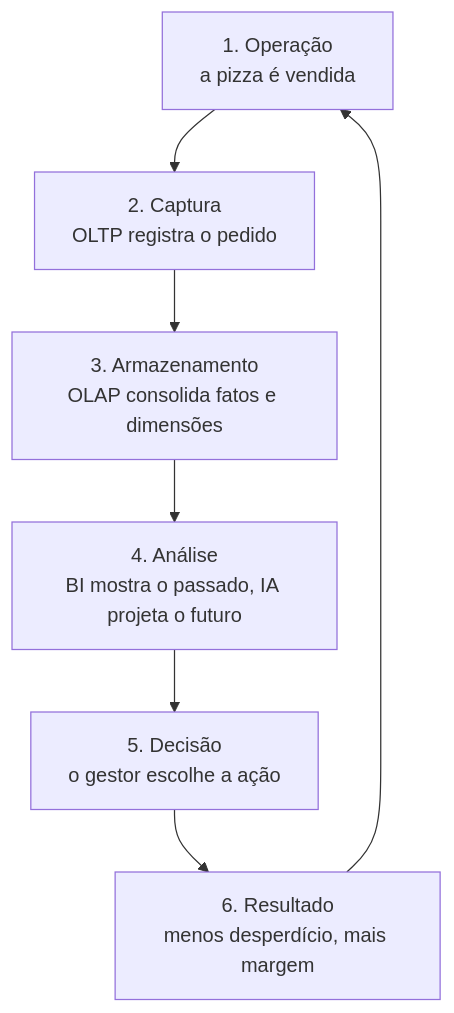
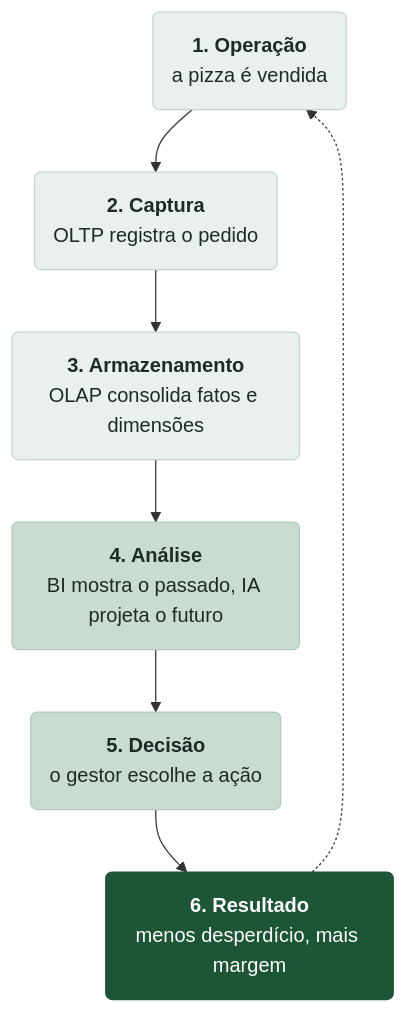
The fourth of 4 diagrams in aula-02-problemas-negocio-projetos-dados/README.md (klein-natan/IA-Dados-GitBook), drawn with Mermaid before and after one commit. The commit also changed other lines of this file and 4 other files, not shown here.

````diff
--- a/aula-02-problemas-negocio-projetos-dados/README.md
+++ b/aula-02-problemas-negocio-projetos-dados/README.md
@@ -176,9 +199,16 @@
 ```mermaid
+%%{init:{"theme":"base","themeVariables":{"fontFamily":"Inter,'Segoe UI','Liberation Sans',Helvetica,Arial,sans-serif","fontSize":"15px","primaryColor":"#F4F2EE","primaryTextColor":"#1E2A25","primaryBorderColor":"#CBD8D0","lineColor":"#8A9A90","secondaryColor":"#EDF2EE","tertiaryColor":"#FFFFFF","clusterBkg":"#F8F7F4","clusterBorder":"#E2DED7","edgeLabelBackground":"#FFFFFF"},"flowchart":{"nodeSpacing":28,"rankSpacing":38,"padding":14,"curve":"basis"}}}%%
 flowchart TD
-    A["1. Operação<br/>a pizza é vendida"] --> B["2. Captura<br/>OLTP registra o pedido"]
-    B --> C["3. Armazenamento<br/>OLAP consolida fatos e dimensões"]
-    C --> D["4. Análise<br/>BI mostra o passado, IA projeta o futuro"]
-    D --> E["5. Decisão<br/>o gestor escolhe a ação"]
-    E --> F["6. Resultado<br/>menos desperdício, mais margem"]
-    F --> A
+    A("<b>1. Operação</b><br/>a pizza é vendida") --> B("<b>2. Captura</b><br/>OLTP registra o pedido")
+    B --> C("<b>3. Armazenamento</b><br/>OLAP consolida fatos e dimensões")
+    C --> D("<b>4. Análise</b><br/>BI mostra o passado, IA projeta o futuro")
+    D --> E("<b>5. Decisão</b><br/>o gestor escolhe a ação")
+    E --> F("<b>6. Resultado</b><br/>menos desperdício, mais margem")
+    F -.-> A
+    classDef destaque fill:#1D5537,stroke:#1D5537,color:#FFFFFF;
+    classDef medio fill:#C8DDD0,stroke:#AECBBB,color:#1E2A25;
+    classDef nevoa fill:#EAF1EC,stroke:#C3D6CA,color:#1E2A25;
+    class A,B,C nevoa
+    class D,E medio
+    class F destaque
 ```
````
